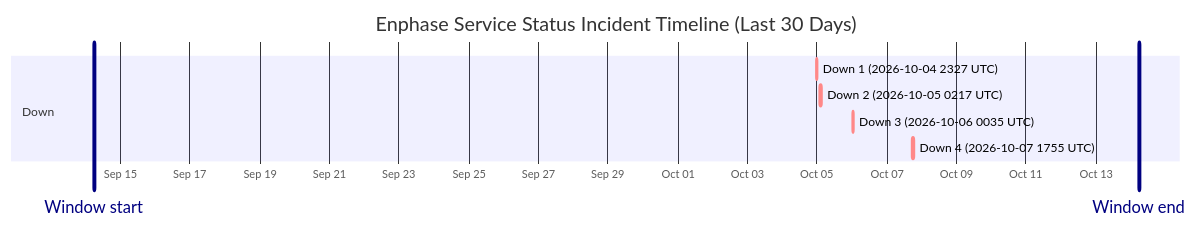
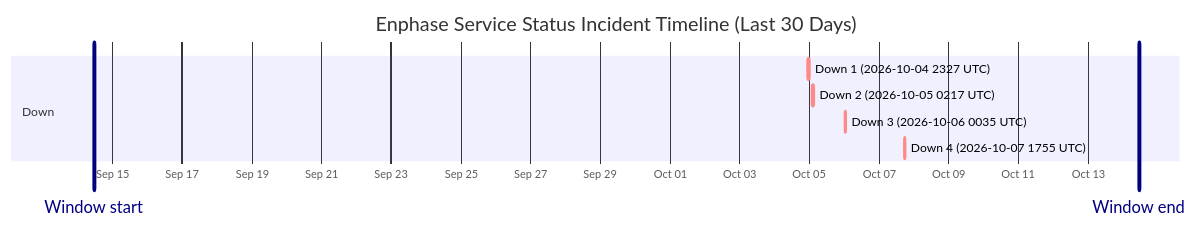
One commit to barneyonline/ha-enphase-energy changed the diagram in wiki/Service-Status-History.md. Above: the diagram before and after it, drawn with Mermaid. The commit also changed other lines of this file and 3 other files, not shown here.

````diff
--- a/wiki/Service-Status-History.md
+++ b/wiki/Service-Status-History.md
@@ -14,13 +14,13 @@
 ```mermaid
 gantt
     title Enphase Service Status Incident Timeline (Last 30 Days)
     dateFormat  YYYY-MM-DDTHH:mm:ss
     axisFormat  %b %d
-    Window start :vert, window-start, 2026-09-14T05:49:19, 0ms
-    Window end :vert, window-end, 2026-10-14T05:49:19, 0ms
+    Window start :vert, window-start, 2026-09-14T11:13:41, 0ms
+    Window end :vert, window-end, 2026-10-14T11:13:41, 0ms
     section Down
     Down 1 (2026-10-04 2327 UTC) :crit, down-1, 2026-10-04T23:27:34, 60m
     Down 2 (2026-10-05 0217 UTC) :crit, down-2, 2026-10-05T02:17:30, 60m
     Down 3 (2026-10-06 0035 UTC) :crit, down-3, 2026-10-06T00:35:21, 60m
     Down 4 (2026-10-07 1755 UTC) :crit, down-4, 2026-10-07T17:55:16, 60m
 ```
````
